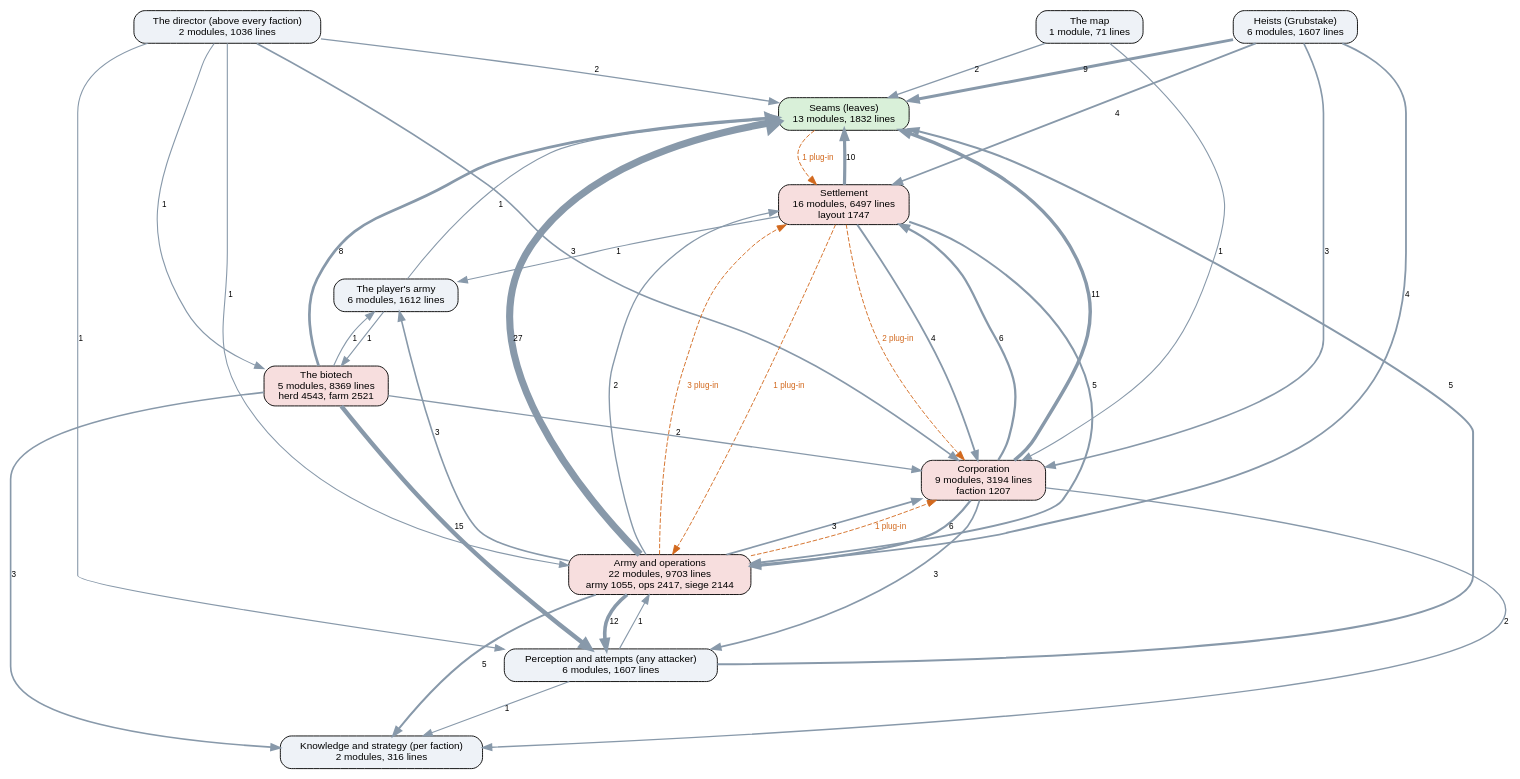
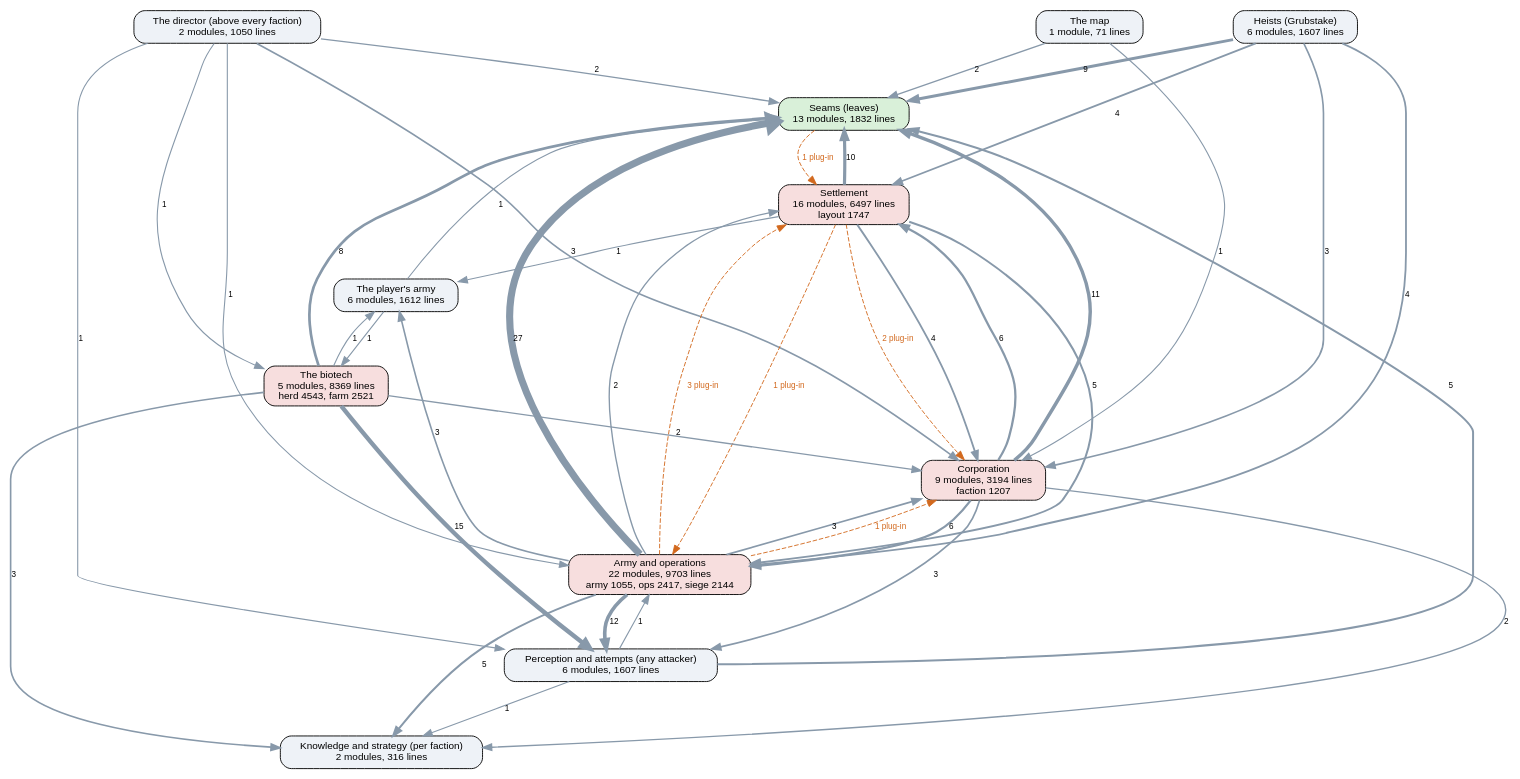
One commit to kinelhu/landing-party changed the diagram in docs/ai-layers.dot. Above: the diagram before and after it, drawn with Graphviz. The commit also changed 10 other files, not shown here.

```diff
--- a/docs/ai-layers.dot
+++ b/docs/ai-layers.dot
@@ -1,57 +1,57 @@
 digraph layers {
   graph [rankdir=TB, fontname="Helvetica", nodesep=0.5, ranksep=0.7];
   node [shape=box, style="rounded,filled", fontname="Helvetica", fontsize=11, fillcolor="#eef2f7"];
   edge [color="#8899aa", fontname="Helvetica", fontsize=9];
   "Seams (leaves)" [label="Seams (leaves)\n13 modules, 1832 lines", fillcolor="#d9f0d9"];
   "Perception and attempts (any attacker)" [label="Perception and attempts (any attacker)\n6 modules, 1607 lines", fillcolor="#eef2f7"];
   "Knowledge and strategy (per faction)" [label="Knowledge and strategy (per faction)\n2 modules, 316 lines", fillcolor="#eef2f7"];
-  "The director (above every faction)" [label="The director (above every faction)\n2 modules, 1036 lines", fillcolor="#eef2f7"];
+  "The director (above every faction)" [label="The director (above every faction)\n2 modules, 1050 lines", fillcolor="#eef2f7"];
   "Corporation" [label="Corporation\n9 modules, 3194 lines\nfaction 1207", fillcolor="#f7dede"];
   "Settlement" [label="Settlement\n16 modules, 6497 lines\nlayout 1747", fillcolor="#f7dede"];
   "Army and operations" [label="Army and operations\n22 modules, 9703 lines\narmy 1055, ops 2417, siege 2144", fillcolor="#f7dede"];
   "Heists (Grubstake)" [label="Heists (Grubstake)\n6 modules, 1607 lines", fillcolor="#eef2f7"];
   "The biotech" [label="The biotech\n5 modules, 8369 lines\nherd 4543, farm 2521", fillcolor="#f7dede"];
   "The map" [label="The map\n1 module, 71 lines", fillcolor="#eef2f7"];
   "The player's army" [label="The player's army\n6 modules, 1612 lines", fillcolor="#eef2f7"];
   "Army and operations" -> "Corporation" [label="3", penwidth=1.8];
   "Army and operations" -> "Knowledge and strategy (per faction)" [label="5", penwidth=2.2];
   "Army and operations" -> "Perception and attempts (any attacker)" [label="12", penwidth=4.0];
   "Army and operations" -> "Seams (leaves)" [label="27", penwidth=7.8];
   "Army and operations" -> "Settlement" [label="2", penwidth=1.5];
   "Army and operations" -> "The player's army" [label="3", penwidth=1.8];
   "Corporation" -> "Army and operations" [label="6", penwidth=2.5];
   "Corporation" -> "Knowledge and strategy (per faction)" [label="2", penwidth=1.5];
   "Corporation" -> "Perception and attempts (any attacker)" [label="3", penwidth=1.8];
   "Corporation" -> "Seams (leaves)" [label="11", penwidth=3.8];
   "Corporation" -> "Settlement" [label="6", penwidth=2.5];
   "Heists (Grubstake)" -> "Army and operations" [label="4", penwidth=2.0];
   "Heists (Grubstake)" -> "Corporation" [label="3", penwidth=1.8];
   "Heists (Grubstake)" -> "Seams (leaves)" [label="9", penwidth=3.2];
   "Heists (Grubstake)" -> "Settlement" [label="4", penwidth=2.0];
   "Perception and attempts (any attacker)" -> "Army and operations" [label="1", penwidth=1.2];
   "Perception and attempts (any attacker)" -> "Knowledge and strategy (per faction)" [label="1", penwidth=1.2];
   "Perception and attempts (any attacker)" -> "Seams (leaves)" [label="5", penwidth=2.2];
   "Settlement" -> "Army and operations" [label="5", penwidth=2.2];
   "Settlement" -> "Corporation" [label="4", penwidth=2.0];
   "Settlement" -> "Seams (leaves)" [label="10", penwidth=3.5];
   "Settlement" -> "The player's army" [label="1", penwidth=1.2];
   "The biotech" -> "Corporation" [label="2", penwidth=1.5];
   "The biotech" -> "Knowledge and strategy (per faction)" [label="3", penwidth=1.8];
   "The biotech" -> "Perception and attempts (any attacker)" [label="15", penwidth=4.8];
   "The biotech" -> "Seams (leaves)" [label="8", penwidth=3.0];
   "The biotech" -> "The player's army" [label="1", penwidth=1.2];
   "The director (above every faction)" -> "Army and operations" [label="1", penwidth=1.2];
   "The director (above every faction)" -> "Corporation" [label="3", penwidth=1.8];
   "The director (above every faction)" -> "Perception and attempts (any attacker)" [label="1", penwidth=1.2];
   "The director (above every faction)" -> "Seams (leaves)" [label="2", penwidth=1.5];
   "The director (above every faction)" -> "The biotech" [label="1", penwidth=1.2];
   "The map" -> "Corporation" [label="1", penwidth=1.2];
   "The map" -> "Seams (leaves)" [label="2", penwidth=1.5];
   "The player's army" -> "Seams (leaves)" [label="1", penwidth=1.2];
   "The player's army" -> "The biotech" [label="1", penwidth=1.2];
   "Army and operations" -> "Corporation" [style=dashed, color="#d2691e", fontcolor="#d2691e", label="1 plug-in"];
   "Army and operations" -> "Settlement" [style=dashed, color="#d2691e", fontcolor="#d2691e", label="3 plug-in"];
   "Seams (leaves)" -> "Settlement" [style=dashed, color="#d2691e", fontcolor="#d2691e", label="1 plug-in"];
   "Settlement" -> "Army and operations" [style=dashed, color="#d2691e", fontcolor="#d2691e", label="1 plug-in"];
   "Settlement" -> "Corporation" [style=dashed, color="#d2691e", fontcolor="#d2691e", label="2 plug-in"];
 }
```
